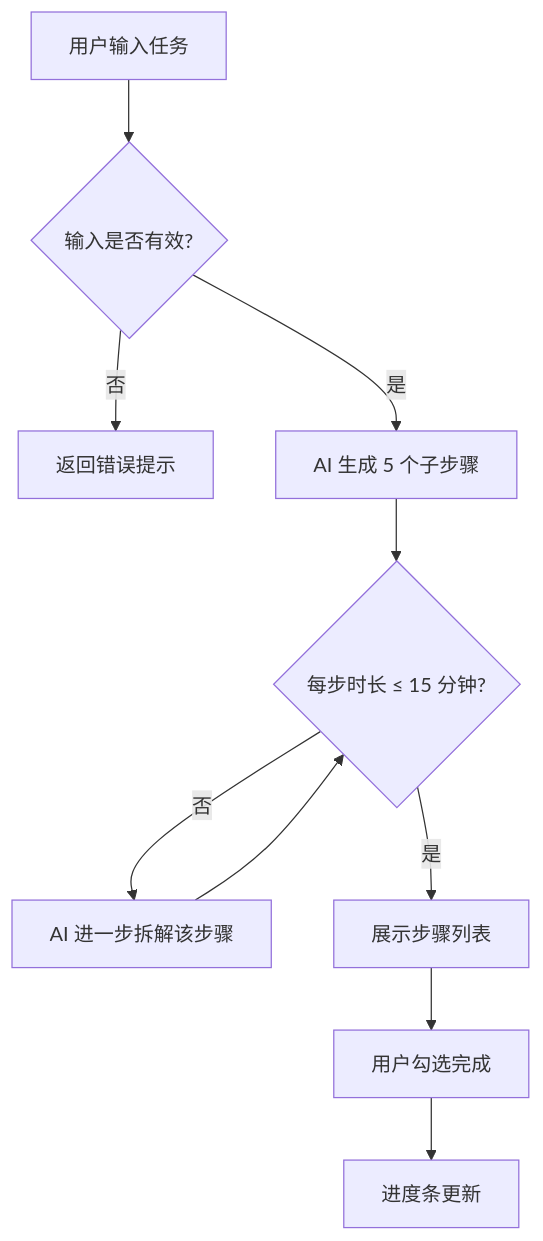
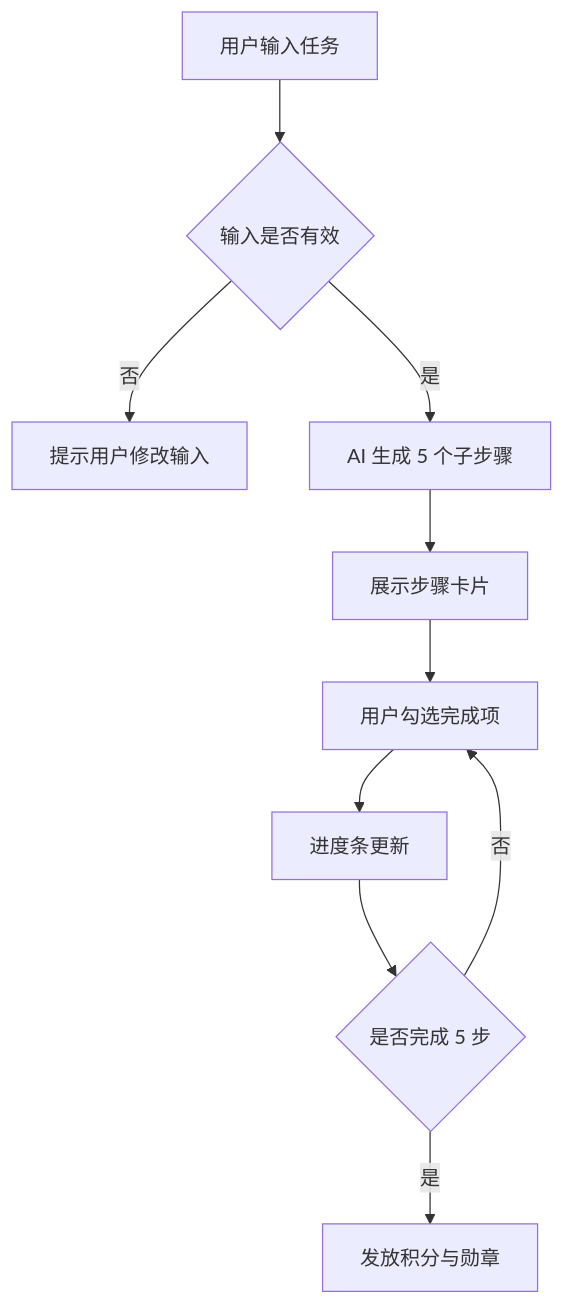
Before and after one commit to alison2fun/tech-docs-portfolio: the diagram in docs/05-miniprogram-task-decomposer/prd.md, drawn with Mermaid. The commit also changed other lines of this file and 41 other files, not shown here.

````diff
--- a/docs/05-miniprogram-task-decomposer/prd.md
+++ b/docs/05-miniprogram-task-decomposer/prd.md
@@ -25,12 +144,12 @@
 ```mermaid
 flowchart TD
-    A[用户输入任务] --> B{输入是否有效?}
-    B -- 否 --> C[返回错误提示]
+    A[用户输入任务] --> B{输入是否有效}
+    B -- 否 --> C[提示用户修改输入]
     B -- 是 --> D[AI 生成 5 个子步骤]
-    D --> E{每步时长 ≤ 15 分钟?}
-    E -- 否 --> F[AI 进一步拆解该步骤]
-    F --> E
-    E -- 是 --> G[展示步骤列表]
-    G --> H[用户勾选完成]
-    H --> I[进度条更新]
+    D --> E[展示步骤卡片]
+    E --> F[用户勾选完成项]
+    F --> G[进度条更新]
+    G --> H{是否完成 5 步}
+    H -- 否 --> F
+    H -- 是 --> I[发放积分与勋章]
 ```
````
